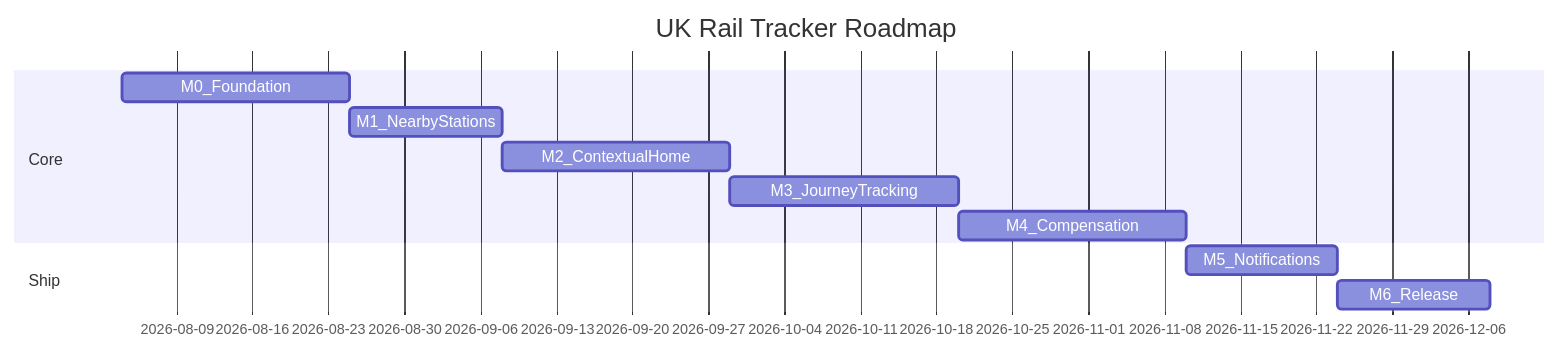
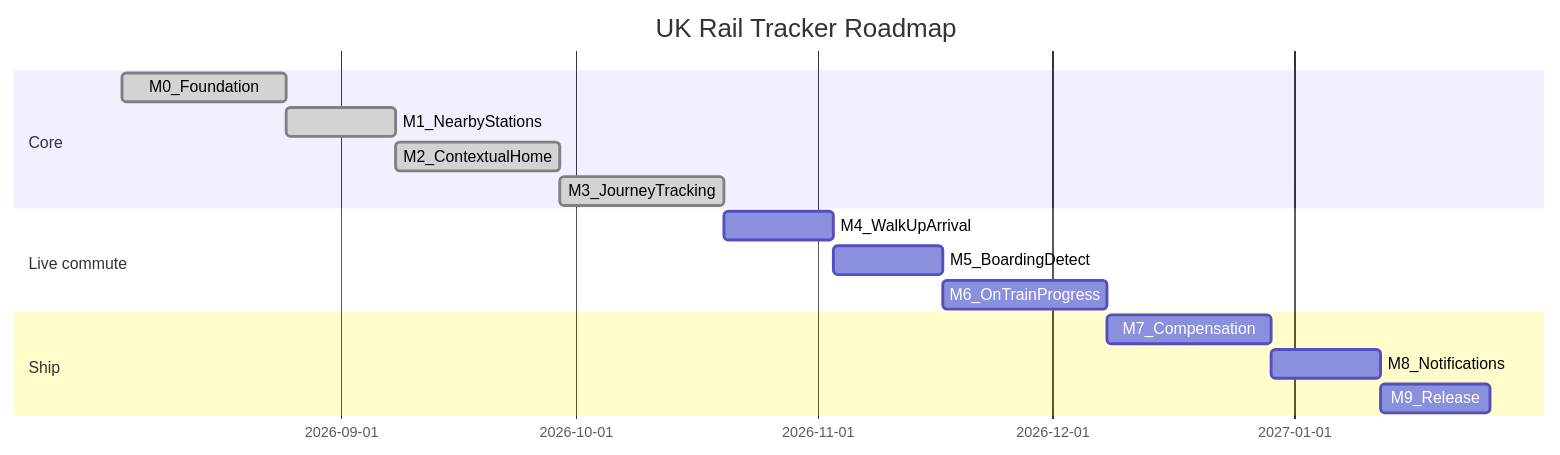
The first of 2 diagrams in docs/milestone-roadmap.md (mazerunner70/uk-rail-tracker), drawn with Mermaid before and after one commit. The commit also changed other lines of this file and 65 other files, not shown here.

````diff
--- a/docs/milestone-roadmap.md
+++ b/docs/milestone-roadmap.md
@@ -7,14 +7,18 @@
 ```mermaid
 gantt
     title UK Rail Tracker Roadmap
     dateFormat YYYY-MM-DD
     section Core
-    M0_Foundation           :m0, 2026-08-04, 21d
-    M1_NearbyStations       :m1, after m0, 14d
-    M2_ContextualHome       :m2, after m1, 21d
-    M3_JourneyTracking      :m3, after m2, 21d
-    M4_Compensation         :m4, after m3, 21d
+    M0_Foundation           :done, m0, 2026-08-04, 21d
+    M1_NearbyStations       :done, m1, after m0, 14d
+    M2_ContextualHome       :done, m2, after m1, 21d
+    M3_JourneyTracking      :done, m3, after m2, 21d
+    section Live commute
+    M4_WalkUpArrival        :m4, after m3, 14d
+    M5_BoardingDetect       :m5, after m4, 14d
+    M6_OnTrainProgress      :m6, after m5, 21d
     section Ship
-    M5_Notifications        :m5, after m4, 14d
-    M6_Release              :m6, after m5, 14d
+    M7_Compensation         :m7, after m6, 21d
+    M8_Notifications        :m8, after m7, 14d
+    M9_Release              :m9, after m8, 14d
 ```
````
